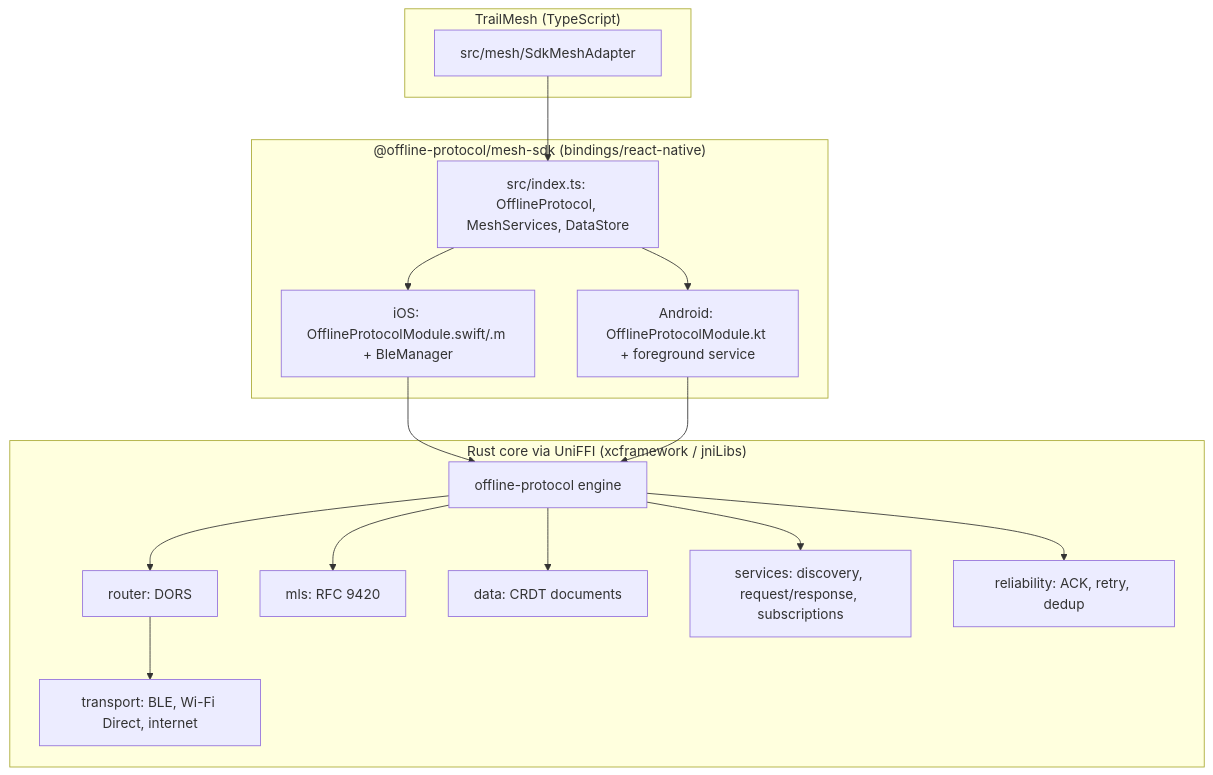
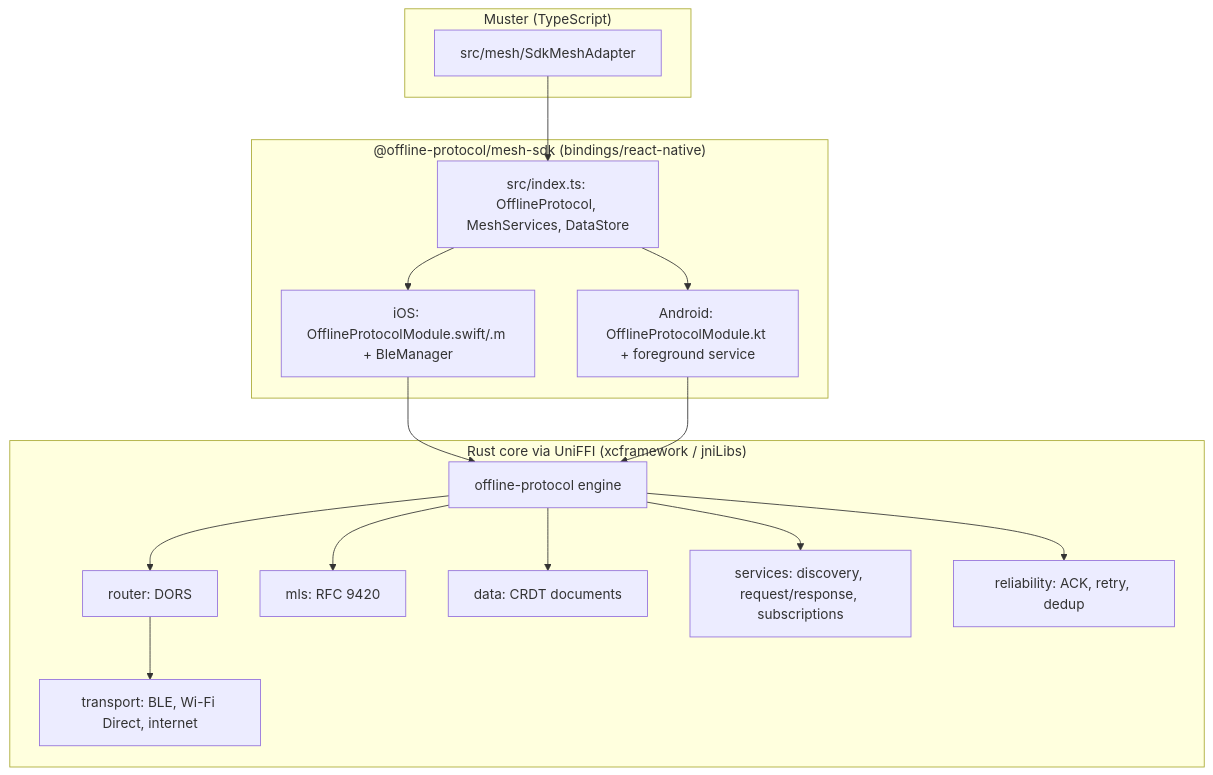
Before and after one commit to aditipolkam/muster: the diagram in docs/SDK_INTEGRATION.md, drawn with Mermaid. The commit also changed other lines of this file and 92 other files, not shown here.

First line of the commit message:
chore: rename TrailMesh to Muster and add the compass app icon (#11)

````diff
--- a/docs/SDK_INTEGRATION.md
+++ b/docs/SDK_INTEGRATION.md
@@ -17,23 +17,23 @@
 ```mermaid
 flowchart TB
-  subgraph App["TrailMesh (TypeScript)"]
+  subgraph App["Muster (TypeScript)"]
     A1[src/mesh/SdkMeshAdapter]
   end
   subgraph RN["@offline-protocol/mesh-sdk (bindings/react-native)"]
     J[src/index.ts: OfflineProtocol, MeshServices, DataStore]
     N1[iOS: OfflineProtocolModule.swift/.m + BleManager]
     N2[Android: OfflineProtocolModule.kt + foreground service]
   end
   subgraph Rust["Rust core via UniFFI (xcframework / jniLibs)"]
     E[offline-protocol engine]
     R[router: DORS]
     T[transport: BLE, Wi-Fi Direct, internet]
     M[mls: RFC 9420]
     D[data: CRDT documents]
     S[services: discovery, request/response, subscriptions]
     L[reliability: ACK, retry, dedup]
   end
   A1 --> J --> N1 & N2 --> E
   E --> R --> T
   E --> M & D & S & L
 ```
````
